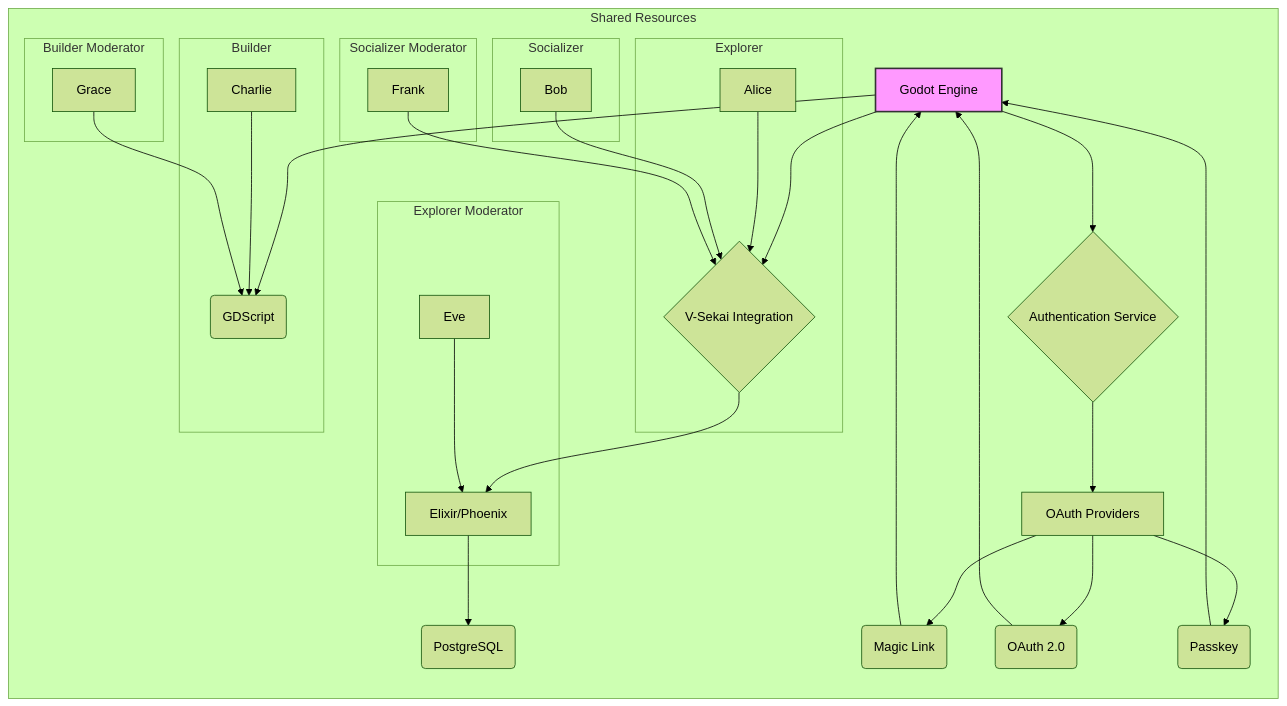
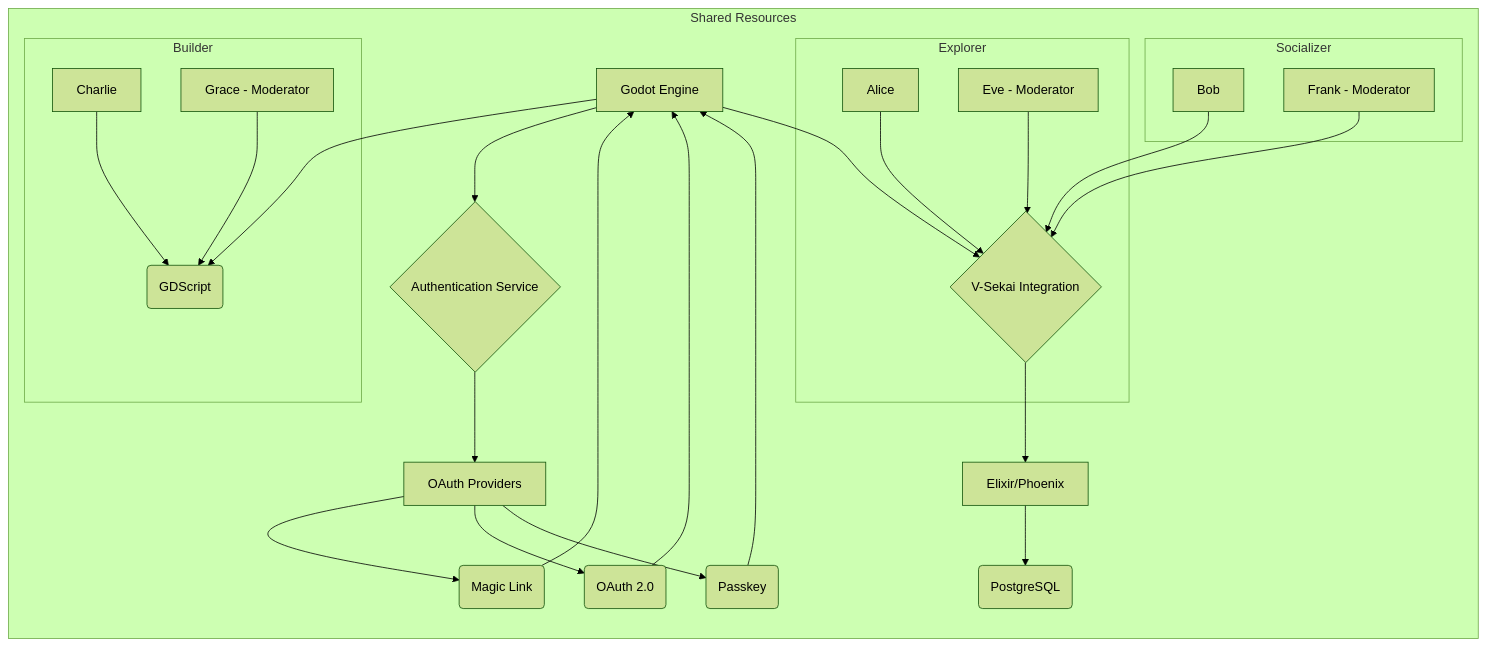
One commit to V-Sekai/manuals changed the diagram in decisions/20241229-one-prototyping-stack.md. Above: the diagram before and after it, drawn with Mermaid (forest theme).

Commit message:
Nests the moderators within the same subgraphs as their corresponding user roles

````diff
--- a/decisions/20241229-one-prototyping-stack.md
+++ b/decisions/20241229-one-prototyping-stack.md
@@ -35,38 +35,30 @@
 ```mermaid
 graph LR
     subgraph "Shared Resources"
         A[Godot Engine] --> B(GDScript)
         A --> C{V-Sekai Integration}
         C --> D[Elixir/Phoenix]
         D --> E(PostgreSQL)
         A --> F{Authentication Service}
         F --> G[OAuth Providers]
         G --> H(Magic Link)
         G --> I(OAuth 2.0)
         G --> J(Passkey)
         H --> A
         I --> A
         J --> A
-
+        
         subgraph "Explorer"
             M[Alice] --> C
+            Q[Eve - Moderator] --> C
         end
         subgraph "Socializer"
             N[Bob] --> C
+            R[Frank - Moderator] --> C
         end
         subgraph "Builder"
             O[Charlie] --> B
-        end
-        subgraph "Explorer Moderator"
-            Q[Eve] --> D
-        end
-        subgraph "Socializer Moderator"
-            R[Frank] --> C
-        end
-        subgraph "Builder Moderator"
-            S[Grace] --> B
+            S[Grace - Moderator] --> B
         end
     end
-
-    style A fill:#f9f,stroke:#333,stroke-width:2px
 ```
````
